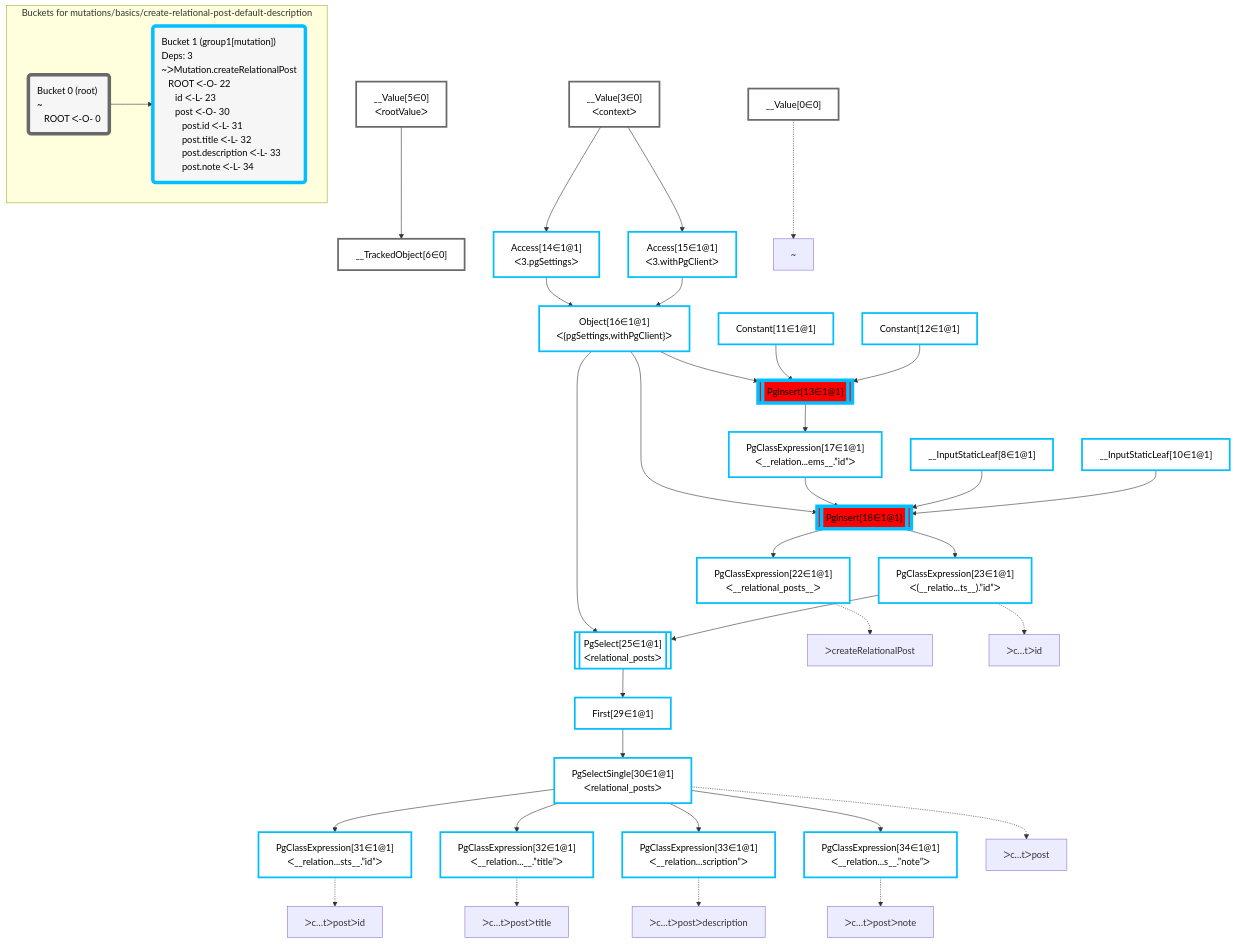
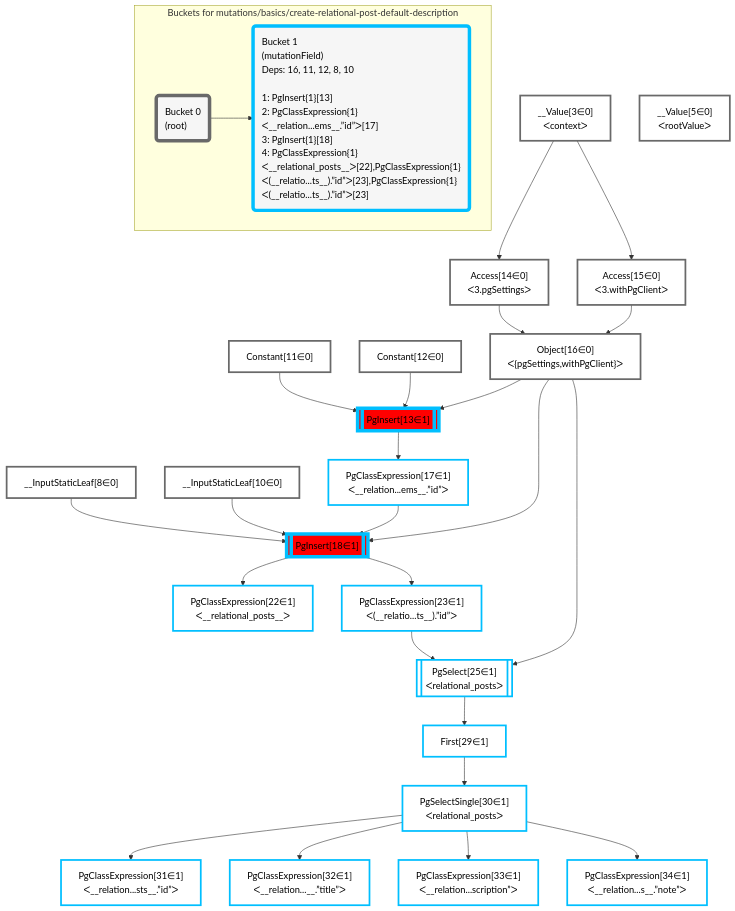
One commit to graphile/crystal changed the diagram in packages/dataplan-pg/__tests__/mutations/basics/create-relational-post-default-description.mermaid. Above: the diagram before and after it, drawn with Mermaid. The commit also changed 9 other files, not shown here.

Commit message:
Update mermaid snapshots

```diff
--- a/packages/dataplan-pg/__tests__/mutations/basics/create-relational-post-default-description.mermaid
+++ b/packages/dataplan-pg/__tests__/mutations/basics/create-relational-post-default-description.mermaid
@@ -1,78 +1,59 @@
 graph TD
     classDef path fill:#eee,stroke:#000,color:#000
     classDef plan fill:#fff,stroke-width:3px,color:#000
     classDef itemplan fill:#fff,stroke-width:6px,color:#000
     classDef sideeffectplan fill:#f00,stroke-width:6px,color:#000
     classDef bucket fill:#f6f6f6,color:#000,stroke-width:6px,text-align:left
 
 
-    %% define plans
-    __Value0["__Value[0∈0]"]:::plan
+    %% define steps
     __Value3["__Value[3∈0]<br />ᐸcontextᐳ"]:::plan
     __Value5["__Value[5∈0]<br />ᐸrootValueᐳ"]:::plan
-    __TrackedObject6["__TrackedObject[6∈0]"]:::plan
-    __InputStaticLeaf8["__InputStaticLeaf[8∈1@1]"]:::plan
-    __InputStaticLeaf10["__InputStaticLeaf[10∈1@1]"]:::plan
-    Constant11["Constant[11∈1@1]"]:::plan
-    Constant12["Constant[12∈1@1]"]:::plan
-    Access14["Access[14∈1@1]<br />ᐸ3.pgSettingsᐳ"]:::plan
-    Access15["Access[15∈1@1]<br />ᐸ3.withPgClientᐳ"]:::plan
-    Object16["Object[16∈1@1]<br />ᐸ{pgSettings,withPgClient}ᐳ"]:::plan
-    PgInsert13[["PgInsert[13∈1@1]"]]:::sideeffectplan
-    PgClassExpression17["PgClassExpression[17∈1@1]<br />ᐸ__relation...ems__.”id”ᐳ"]:::plan
-    PgInsert18[["PgInsert[18∈1@1]"]]:::sideeffectplan
-    PgClassExpression22["PgClassExpression[22∈1@1]<br />ᐸ__relational_posts__ᐳ"]:::plan
-    PgClassExpression23["PgClassExpression[23∈1@1]<br />ᐸ(__relatio...ts__).”id”ᐳ"]:::plan
-    PgSelect25[["PgSelect[25∈1@1]<br />ᐸrelational_postsᐳ"]]:::plan
-    First29["First[29∈1@1]"]:::plan
-    PgSelectSingle30["PgSelectSingle[30∈1@1]<br />ᐸrelational_postsᐳ"]:::plan
-    PgClassExpression31["PgClassExpression[31∈1@1]<br />ᐸ__relation...sts__.”id”ᐳ"]:::plan
-    PgClassExpression32["PgClassExpression[32∈1@1]<br />ᐸ__relation...__.”title”ᐳ"]:::plan
-    PgClassExpression33["PgClassExpression[33∈1@1]<br />ᐸ__relation...scription”ᐳ"]:::plan
-    PgClassExpression34["PgClassExpression[34∈1@1]<br />ᐸ__relation...s__.”note”ᐳ"]:::plan
+    __InputStaticLeaf8["__InputStaticLeaf[8∈0]"]:::plan
+    __InputStaticLeaf10["__InputStaticLeaf[10∈0]"]:::plan
+    Constant11["Constant[11∈0]"]:::plan
+    Constant12["Constant[12∈0]"]:::plan
+    Access14["Access[14∈0]<br />ᐸ3.pgSettingsᐳ"]:::plan
+    Access15["Access[15∈0]<br />ᐸ3.withPgClientᐳ"]:::plan
+    Object16["Object[16∈0]<br />ᐸ{pgSettings,withPgClient}ᐳ"]:::plan
+    PgInsert13[["PgInsert[13∈1]"]]:::sideeffectplan
+    PgClassExpression17["PgClassExpression[17∈1]<br />ᐸ__relation...ems__.”id”ᐳ"]:::plan
+    PgInsert18[["PgInsert[18∈1]"]]:::sideeffectplan
+    PgClassExpression22["PgClassExpression[22∈1]<br />ᐸ__relational_posts__ᐳ"]:::plan
+    PgClassExpression23["PgClassExpression[23∈1]<br />ᐸ(__relatio...ts__).”id”ᐳ"]:::plan
+    PgSelect25[["PgSelect[25∈1]<br />ᐸrelational_postsᐳ"]]:::plan
+    First29["First[29∈1]"]:::plan
+    PgSelectSingle30["PgSelectSingle[30∈1]<br />ᐸrelational_postsᐳ"]:::plan
+    PgClassExpression31["PgClassExpression[31∈1]<br />ᐸ__relation...sts__.”id”ᐳ"]:::plan
+    PgClassExpression32["PgClassExpression[32∈1]<br />ᐸ__relation...__.”title”ᐳ"]:::plan
+    PgClassExpression33["PgClassExpression[33∈1]<br />ᐸ__relation...scription”ᐳ"]:::plan
+    PgClassExpression34["PgClassExpression[34∈1]<br />ᐸ__relation...s__.”note”ᐳ"]:::plan
 
     %% plan dependencies
-    __Value5 --> __TrackedObject6
     __Value3 --> Access14
     __Value3 --> Access15
     Access14 & Access15 --> Object16
     Object16 & Constant11 & Constant12 --> PgInsert13
     PgInsert13 --> PgClassExpression17
     Object16 & PgClassExpression17 & __InputStaticLeaf8 & __InputStaticLeaf10 --> PgInsert18
     PgInsert18 --> PgClassExpression22
     PgInsert18 --> PgClassExpression23
     Object16 & PgClassExpression23 --> PgSelect25
     PgSelect25 --> First29
     First29 --> PgSelectSingle30
     PgSelectSingle30 --> PgClassExpression31
     PgSelectSingle30 --> PgClassExpression32
     PgSelectSingle30 --> PgClassExpression33
     PgSelectSingle30 --> PgClassExpression34
 
     %% plan-to-path relationships
-    P0["~"]
-    __Value0 -.-> P0
-    P22["ᐳcreateRelationalPost"]
-    PgClassExpression22 -.-> P22
-    P23["ᐳc…tᐳid"]
-    PgClassExpression23 -.-> P23
-    P30["ᐳc…tᐳpost"]
-    PgSelectSingle30 -.-> P30
-    P31["ᐳc…tᐳpostᐳid"]
-    PgClassExpression31 -.-> P31
-    P32["ᐳc…tᐳpostᐳtitle"]
-    PgClassExpression32 -.-> P32
-    P33["ᐳc…tᐳpostᐳdescription"]
-    PgClassExpression33 -.-> P33
-    P34["ᐳc…tᐳpostᐳnote"]
-    PgClassExpression34 -.-> P34
 
     subgraph "Buckets for mutations/basics/create-relational-post-default-description"
-    Bucket0("Bucket 0 (root)<br />~<br />⠀ROOT ᐸ-O- 0"):::bucket
+    Bucket0("Bucket 0<br />(root)"):::bucket
     classDef bucket0 stroke:#696969
-    class Bucket0,__Value0,__Value3,__Value5,__TrackedObject6 bucket0
-    Bucket1("Bucket 1 (group1[mutation])<br />Deps: 3<br />~ᐳMutation.createRelationalPost<br />⠀ROOT ᐸ-O- 22<br />⠀⠀id ᐸ-L- 23<br />⠀⠀post ᐸ-O- 30<br />⠀⠀⠀post.id ᐸ-L- 31<br />⠀⠀⠀post.title ᐸ-L- 32<br />⠀⠀⠀post.description ᐸ-L- 33<br />⠀⠀⠀post.note ᐸ-L- 34"):::bucket
+    class Bucket0,__Value3,__Value5,__InputStaticLeaf8,__InputStaticLeaf10,Constant11,Constant12,Access14,Access15,Object16 bucket0
+    Bucket1("Bucket 1<br />(mutationField)<br />Deps: 16, 11, 12, 8, 10<br /><br />1: PgInsert{1}[13]<br />2: PgClassExpression{1}ᐸ__relation...ems__.”id”ᐳ[17]<br />3: PgInsert{1}[18]<br />4: PgClassExpression{1}ᐸ__relational_posts__ᐳ[22],PgClassExpression{1}ᐸ(__relatio...ts__).”id”ᐳ[23],PgClassExpression{1}ᐸ(__relatio...ts__).”id”ᐳ[23]"):::bucket
     classDef bucket1 stroke:#00bfff
-    class Bucket1,__InputStaticLeaf8,__InputStaticLeaf10,Constant11,Constant12,PgInsert13,Access14,Access15,Object16,PgClassExpression17,PgInsert18,PgClassExpression22,PgClassExpression23,PgSelect25,First29,PgSelectSingle30,PgClassExpression31,PgClassExpression32,PgClassExpression33,PgClassExpression34 bucket1
+    class Bucket1,PgInsert13,PgClassExpression17,PgInsert18,PgClassExpression22,PgClassExpression23,PgSelect25,First29,PgSelectSingle30,PgClassExpression31,PgClassExpression32,PgClassExpression33,PgClassExpression34 bucket1
     Bucket0 --> Bucket1
     end
```
